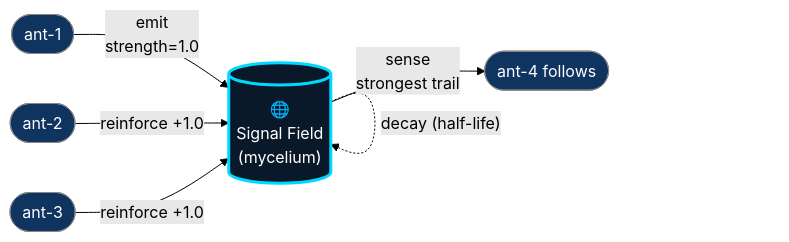
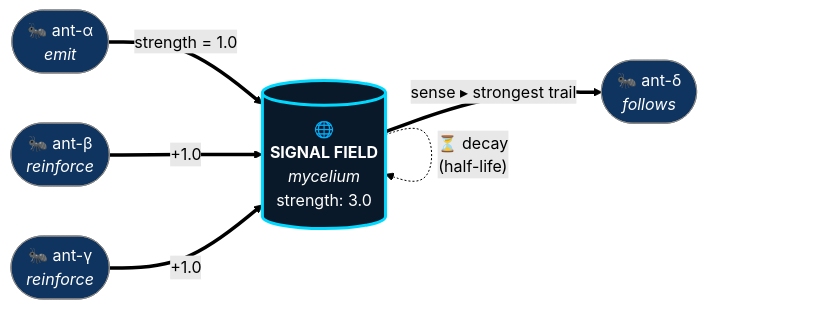
One commit to Ranzim/ormica changed the third of 4 diagrams in README.md. Above: the diagram before and after it, drawn with Mermaid (forest theme). The commit also changed other lines of this file, not shown here.

````diff
--- a/README.md
+++ b/README.md
@@ -191,13 +210,14 @@
 ```mermaid
 flowchart LR
-    A([ant-1]) -->|emit<br/>strength=1.0| F[("🌐<br/>Signal Field<br/>(mycelium)")]
-    B([ant-2]) -->|reinforce +1.0| F
-    C([ant-3]) -->|reinforce +1.0| F
-    F -.->|"decay (half-life)"| F
-    F -->|sense<br/>strongest trail| D([ant-4 follows])
+    A([🐜 ant-α<br/><i>emit</i>]) ==>|"strength = 1.0"| F
+    B([🐜 ant-β<br/><i>reinforce</i>]) ==>|"+1.0"| F
+    C([🐜 ant-γ<br/><i>reinforce</i>]) ==>|"+1.0"| F
+    F[("🌐<br/><b>SIGNAL FIELD</b><br/><i>mycelium</i><br/>strength: 3.0")]
+    F -.->|"⏳ decay<br/>(half-life)"| F
+    F ==>|"sense ▸ strongest trail"| D([🐜 ant-δ<br/><i>follows</i>])
 
     classDef ant fill:#0f3460,stroke:#888,color:#fff
     classDef field fill:#0a1929,stroke:#00d9ff,color:#fff,stroke-width:3px
     class A,B,C,D ant
     class F field
 ```
````
